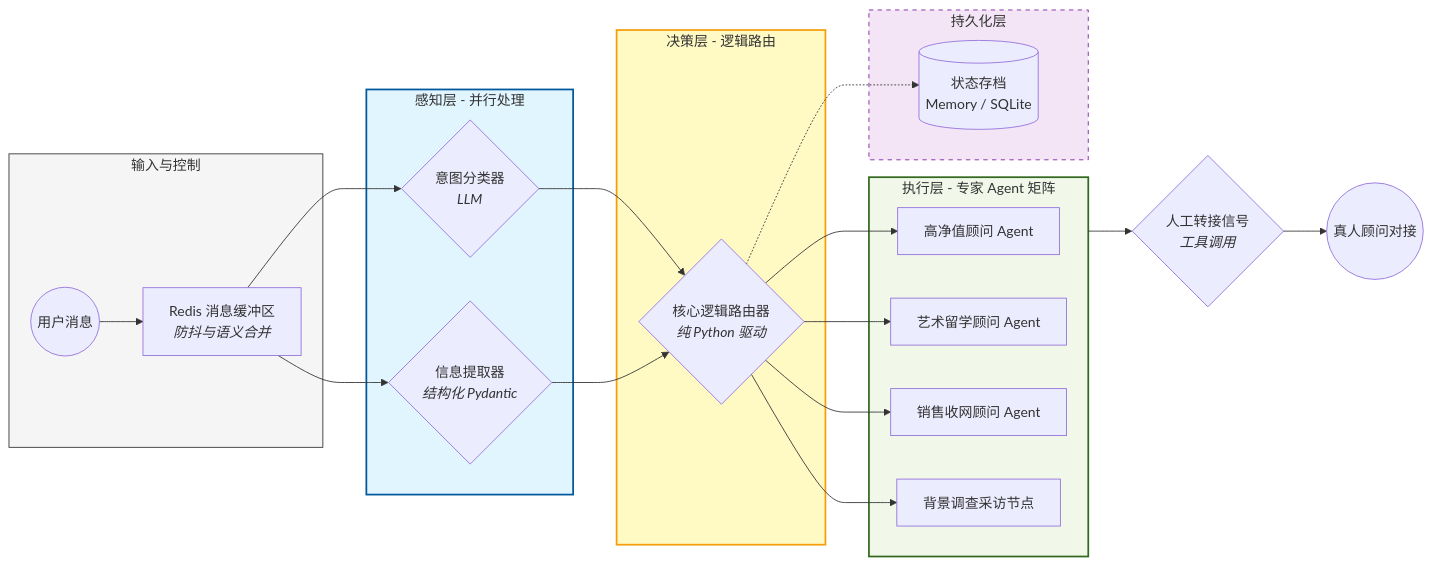
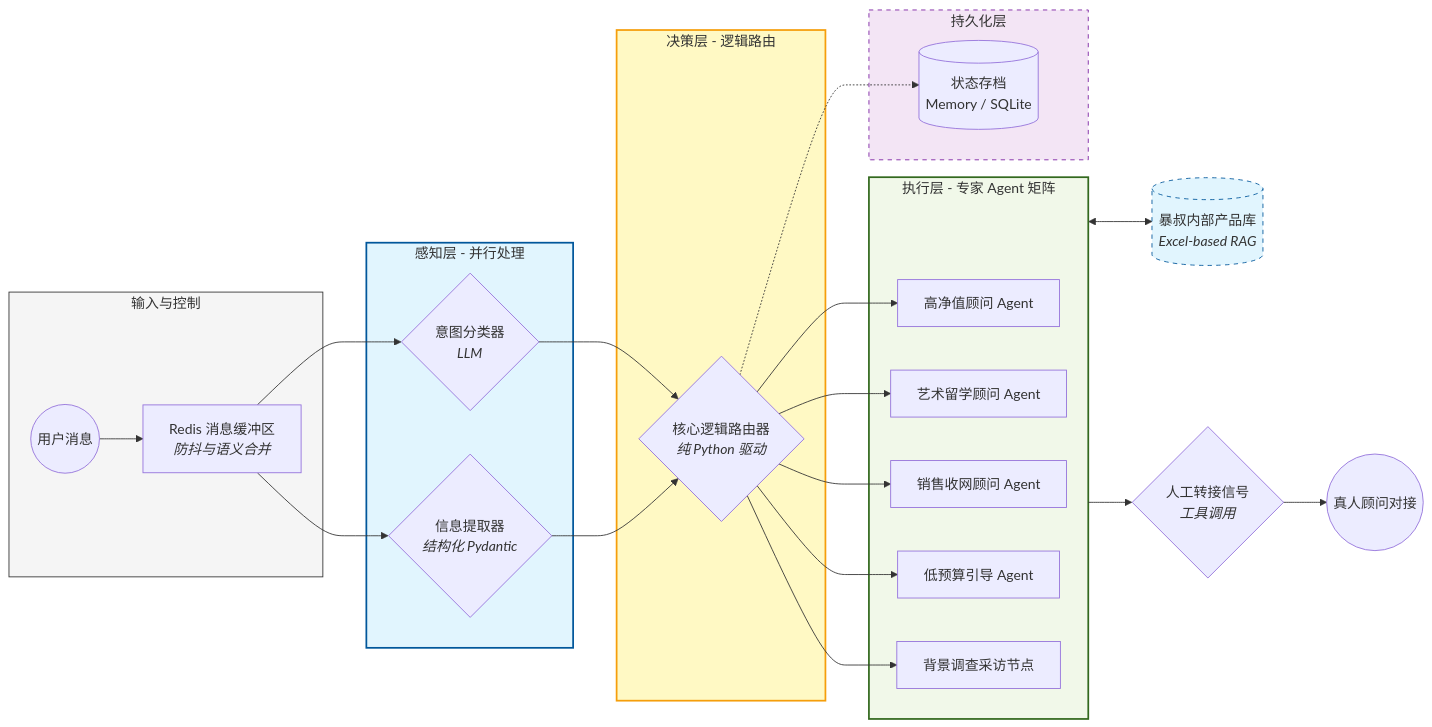
The diagram in README.md (JackybigW/baoshu_ai), drawn with Mermaid before and after one commit. The commit also changed other lines of this file and 1 other file, not shown here.

Commit message:
docs: 升级架构图至 V3 版，显式包含 Low Budget 节点与 RAG 知识库模块

````diff
--- a/README.md
+++ b/README.md
@@ -15,36 +15,39 @@
 ```mermaid
 graph LR
     subgraph Input_Layer [输入与控制]
         User((用户消息)) --> Buffer[Redis 消息缓冲区<br/><i>防抖与语义合并</i>]
     end
 
     subgraph Perception_Layer [感知层 - 并行处理]
         Buffer --> Classifier{意图分类器<br/><i>LLM</i>}
         Buffer --> Extractor{信息提取器<br/><i>结构化 Pydantic</i>}
     end
 
     subgraph Decision_Layer [决策层 - 逻辑路由]
         Classifier & Extractor --> Router{核心逻辑路由器<br/><i>纯 Python 驱动</i>}
     end
 
     subgraph Execution_Layer [执行层 - 专家 Agent 矩阵]
         Router --> HV[高净值顾问 Agent]
         Router --> ART[艺术留学顾问 Agent]
         Router --> CS[销售收网顾问 Agent]
+        Router --> LB[低预算引导 Agent]
         Router --> IV[背景调查采访节点]
     end
 
+    Execution_Layer <--> RAG[(暴叔内部产品库<br/><i>Excel-based RAG</i>)]
     Execution_Layer --> Handoff{人工转接信号<br/><i>工具调用</i>}
     Handoff --> Agent_Assigned((真人顾问对接))
 
     subgraph Persistence [持久化层]
         Router -.-> DB[(状态存档<br/>Memory / SQLite)]
     end
 
     %% Styling
     style Input_Layer fill:#f5f5f5,stroke:#333
     style Perception_Layer fill:#e1f5fe,stroke:#01579b,stroke-width:2px
     style Decision_Layer fill:#fff9c4,stroke:#f59e0b,stroke-width:2px
     style Execution_Layer fill:#f1f8e9,stroke:#33691e,stroke-width:2px
+    style RAG fill:#e1f5fe,stroke:#01579b,stroke-dasharray: 5 5
     style Persistence fill:#f3e5f5,stroke:#7b1fa2,stroke-dasharray: 5 5
 ```
````
